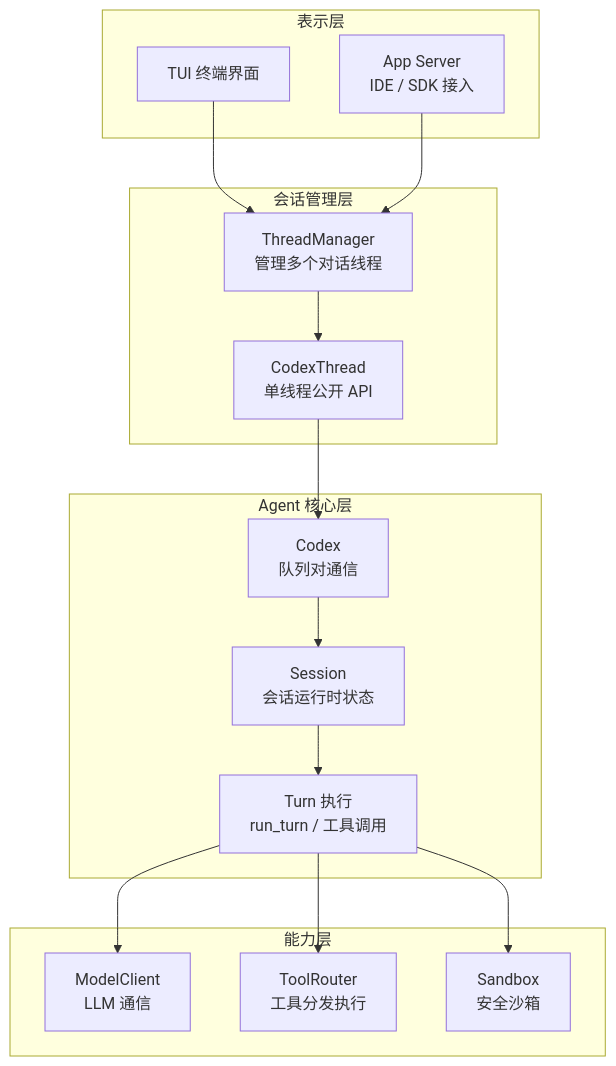
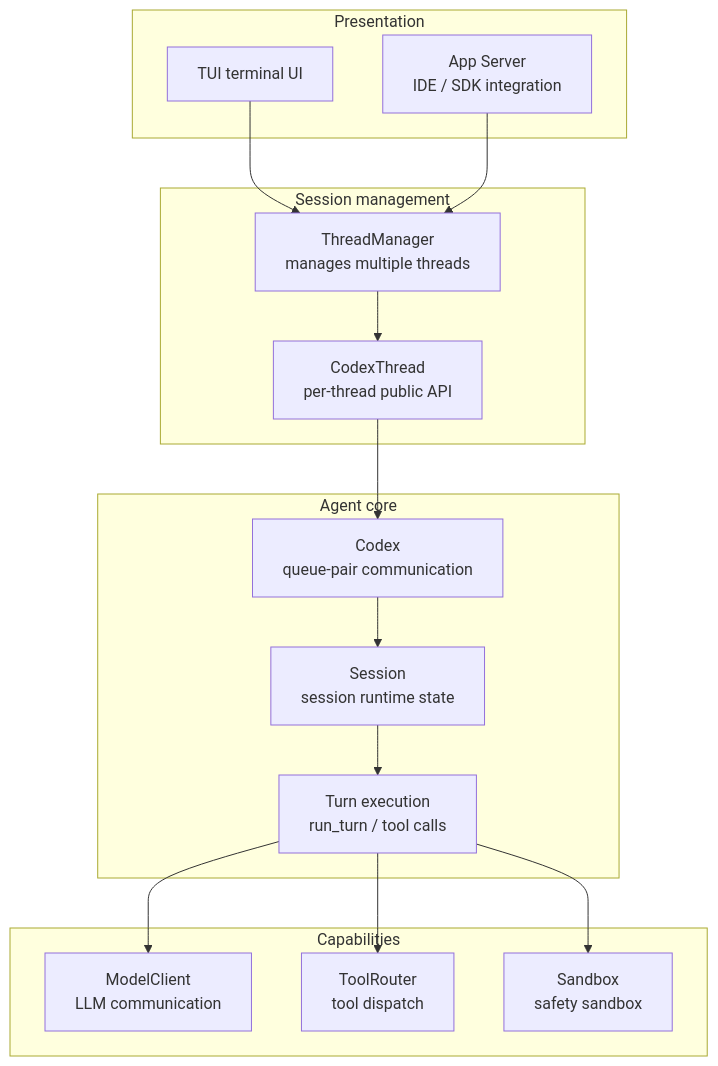
One commit to yibn2008/learn-codex changed the first of 6 diagrams in wiki/01-architecture-overview.md. Above: the diagram before and after it, drawn with Mermaid. The commit also changed other lines of this file and 32 other files, not shown here.

````diff
--- a/wiki/01-architecture-overview.md
+++ b/wiki/01-architecture-overview.md
@@ -9,34 +11,34 @@
 ```mermaid
 graph TD
-    subgraph 表示层
-        TUI[TUI 终端界面]
-        APPSRV[App Server<br/>IDE / SDK 接入]
+    subgraph Presentation
+        TUI[TUI terminal UI]
+        APPSRV[App Server<br/>IDE / SDK integration]
     end
 
-    subgraph 会话管理层
-        TM[ThreadManager<br/>管理多个对话线程]
-        CT[CodexThread<br/>单线程公开 API]
+    subgraph Session management
+        TM[ThreadManager<br/>manages multiple threads]
+        CT[CodexThread<br/>per-thread public API]
     end
 
-    subgraph Agent 核心层
-        CDX[Codex<br/>队列对通信]
-        SESS[Session<br/>会话运行时状态]
-        TURN[Turn 执行<br/>run_turn / 工具调用]
+    subgraph Agent core
+        CDX[Codex<br/>queue-pair communication]
+        SESS[Session<br/>session runtime state]
+        TURN[Turn execution<br/>run_turn / tool calls]
     end
 
-    subgraph 能力层
-        MC[ModelClient<br/>LLM 通信]
-        TOOL[ToolRouter<br/>工具分发执行]
-        SB[Sandbox<br/>安全沙箱]
+    subgraph Capabilities
+        MC[ModelClient<br/>LLM communication]
+        TOOL[ToolRouter<br/>tool dispatch]
+        SB[Sandbox<br/>safety sandbox]
     end
 
     TUI --> TM
     APPSRV --> TM
     TM --> CT
     CT --> CDX
     CDX --> SESS
     SESS --> TURN
     TURN --> MC
     TURN --> TOOL
     TURN --> SB
 ```
````
